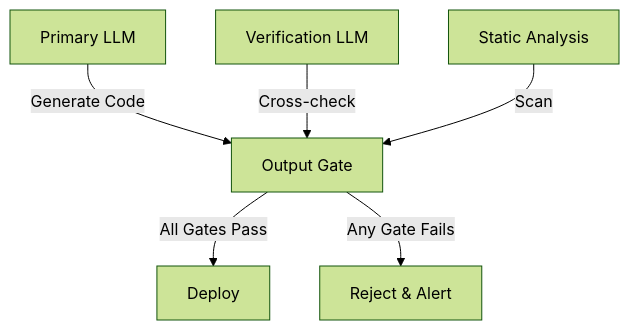
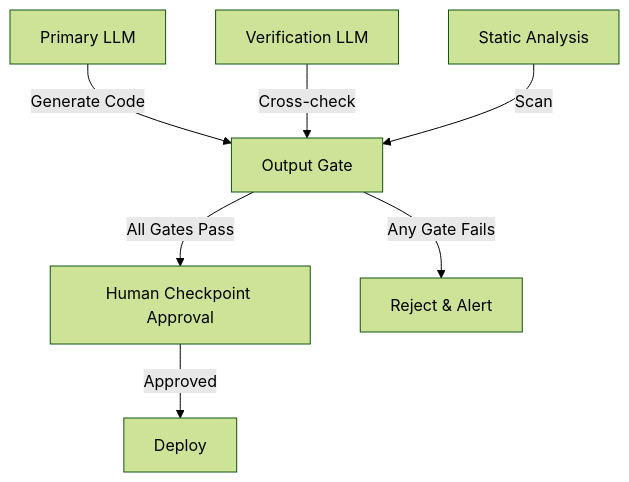
Before and after one commit to devfloor9/engineering-playbook: the second of 5 diagrams in docs/aidlc/enterprise/role-composition.md, drawn with Mermaid (forest theme). The commit also changed other lines of this file and 5 other files, not shown here.

````diff
--- a/docs/aidlc/enterprise/role-composition.md
+++ b/docs/aidlc/enterprise/role-composition.md
@@ -164,8 +164,9 @@
 ```mermaid
 graph TD
     A[Primary LLM] -->|Generate Code| B[Output Gate]
     C[Verification LLM] -->|Cross-check| B
     D[Static Analysis] -->|Scan| B
-    B -->|All Gates Pass| E[Deploy]
+    B -->|All Gates Pass| G[Human Checkpoint Approval]
+    G -->|Approved| E[Deploy]
     B -->|Any Gate Fails| F[Reject & Alert]
 ```
````
